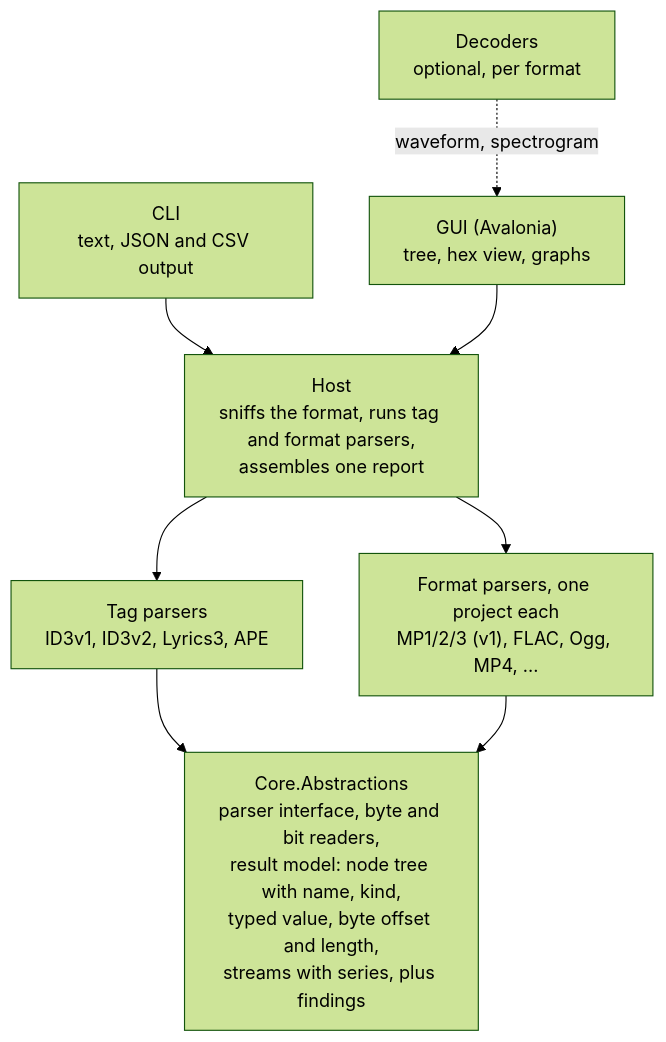
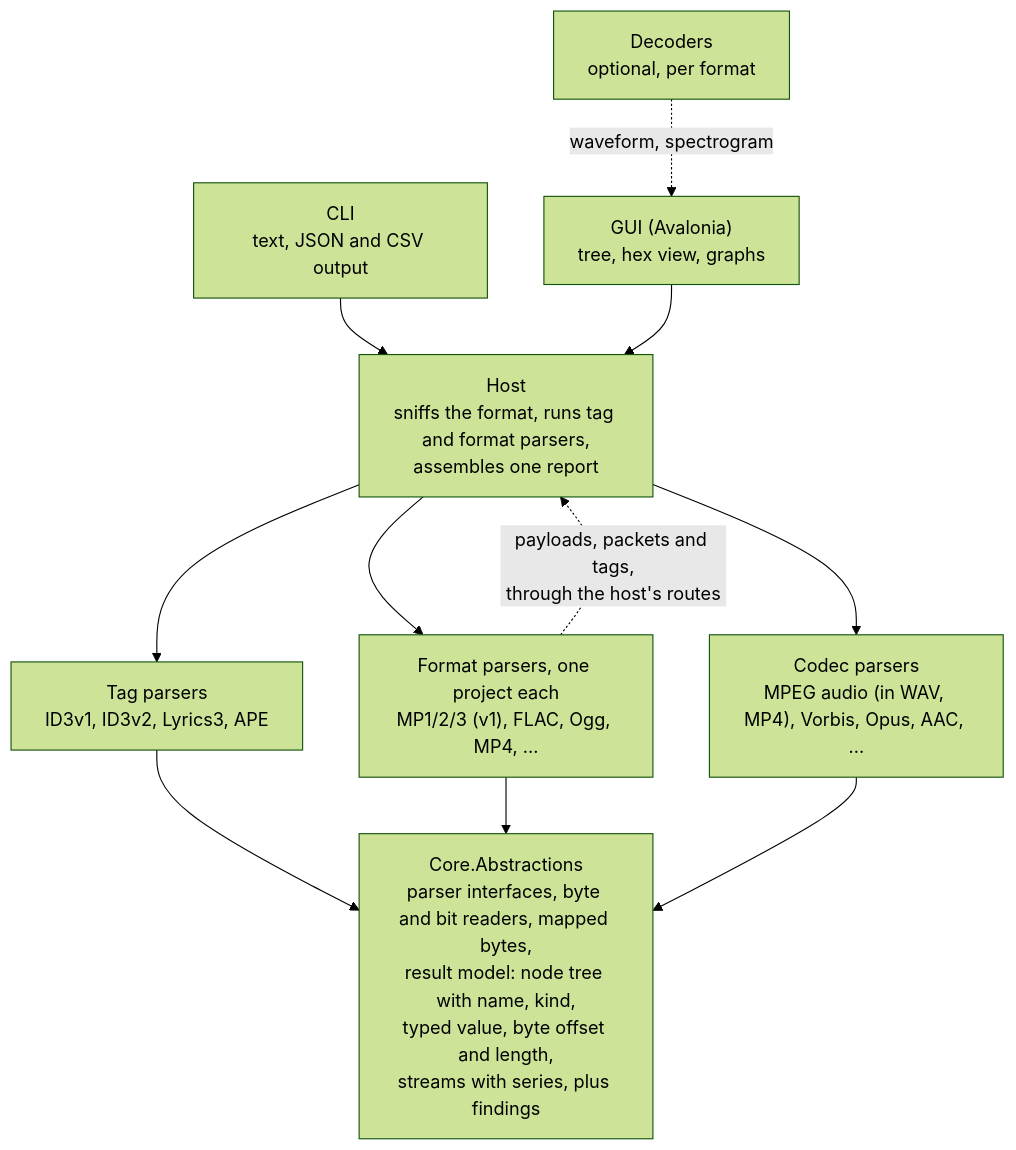
One commit to smares/encspect changed the diagram in docs/PLAN.md. Above: the diagram before and after it, drawn with Mermaid (forest theme). The commit also changed other lines of this file and 32 other files, not shown here.

````diff
--- a/docs/PLAN.md
+++ b/docs/PLAN.md
@@ -46,10 +46,13 @@
 ```mermaid
 flowchart TD
     CLI["CLI<br/>text, JSON and CSV output"] --> Host
     GUI["GUI (Avalonia)<br/>tree, hex view, graphs"] --> Host
     Decoders["Decoders<br/>optional, per format"] -.->|"waveform, spectrogram"| GUI
     Host["Host<br/>sniffs the format, runs tag and format parsers,<br/>assembles one report"] --> Tags["Tag parsers<br/>ID3v1, ID3v2, Lyrics3, APE"]
     Host --> Formats["Format parsers, one project each<br/>MP1/2/3 (v1), FLAC, Ogg, MP4, ..."]
-    Tags --> Core["Core.Abstractions<br/>parser interface, byte and bit readers,<br/>result model: node tree with name, kind,<br/>typed value, byte offset and length,<br/>streams with series, plus findings"]
+    Host --> Codecs["Codec parsers<br/>MPEG audio (in WAV, MP4), Vorbis, Opus, AAC, ..."]
+    Formats -.->|"payloads, packets and tags,<br/>through the host's routes"| Host
+    Tags --> Core["Core.Abstractions<br/>parser interfaces, byte and bit readers, mapped bytes,<br/>result model: node tree with name, kind,<br/>typed value, byte offset and length,<br/>streams with series, plus findings"]
     Formats --> Core
+    Codecs --> Core
 ```
````
